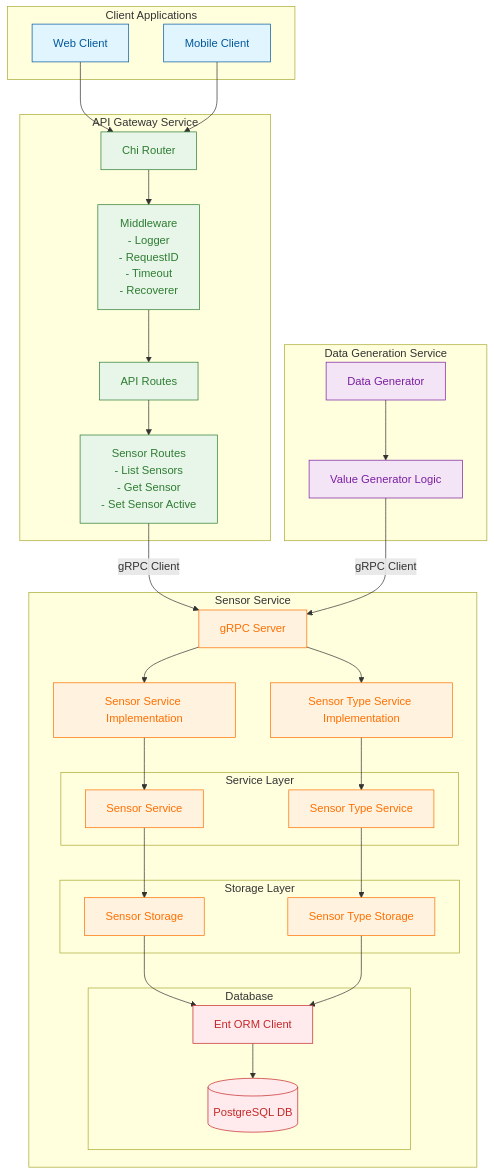
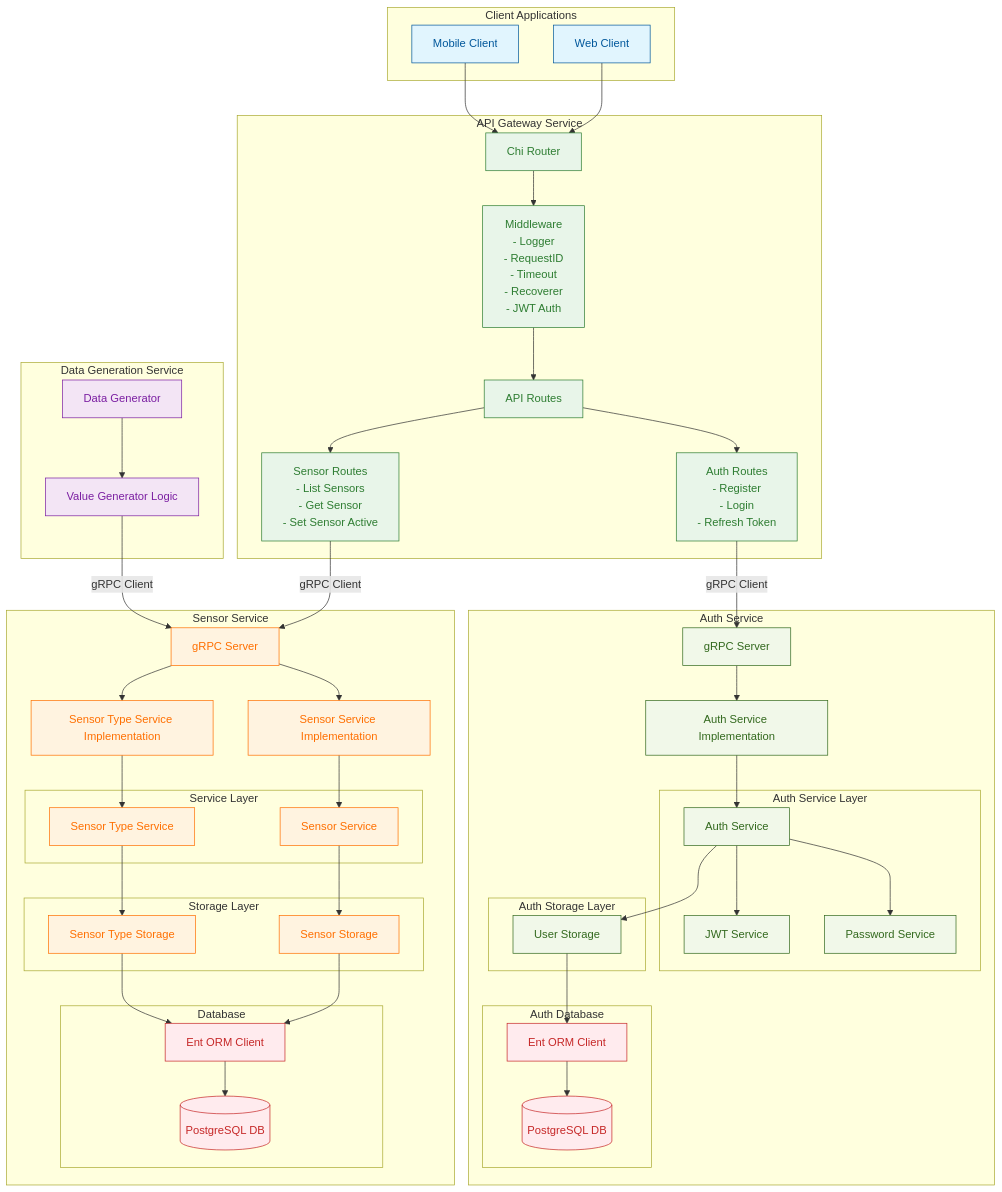
One commit to fkula5/iot-monitor-backend changed the diagram in README.md. Above: the diagram before and after it, drawn with Mermaid. The commit also changed other lines of this file and 10 other files, not shown here.

First line of the commit message:
feat(auth): Implement JWT-based authentication service with gRPC

````diff
--- a/README.md
+++ b/README.md
@@ -26,8 +26,30 @@
     subgraph "API Gateway Service"
         ChiRouter["Chi Router"]
         ApiRoutes["API Routes"]
-        Middleware["Middleware </br>- Logger</br>- RequestID</br>- Timeout</br>- Recoverer"]
+        Middleware["Middleware </br>- Logger</br>- RequestID</br>- Timeout</br>- Recoverer</br>- JWT Auth"]
         SensorRoutes["Sensor Routes</br>- List Sensors</br>- Get Sensor</br>- Set Sensor Active"]
+        AuthRoutes["Auth Routes</br>- Register</br>- Login</br>- Refresh Token"]
+    end
+
+    %% Auth Service
+    subgraph "Auth Service"
+        AuthGrpcServer["gRPC Server"]
+        AuthServiceImpl["Auth Service Implementation"]
+
+        subgraph "Auth Service Layer"
+            AuthService["Auth Service"]
+            JWTService["JWT Service"]
+            PasswordService["Password Service"]
+        end
+
+        subgraph "Auth Storage Layer"
+            UserStorage["User Storage"]
+        end
+
+        subgraph "Auth Database"
+            AuthEntClient["Ent ORM Client"]
+            AuthPostgresDB[(PostgreSQL DB)]
+        end
     end
 
     %% Sensor Service
@@ -67,9 +89,20 @@
     ChiRouter --> Middleware
     Middleware --> ApiRoutes
     ApiRoutes --> SensorRoutes
+    ApiRoutes --> AuthRoutes
 
-    %% API Gateway to Sensor Service
+    %% API Gateway to Services
+    AuthRoutes -- "gRPC Client" --> AuthGrpcServer
     SensorRoutes -- "gRPC Client" --> GrpcServer
+
+    %% Auth Service internal connections
+    AuthGrpcServer --> AuthServiceImpl
+    AuthServiceImpl --> AuthService
+    AuthService --> JWTService
+    AuthService --> PasswordService
+    AuthService --> UserStorage
+    UserStorage --> AuthEntClient
+    AuthEntClient --> AuthPostgresDB
 
     %% Sensor Service internal connections
     GrpcServer --> SensorServiceImpl
@@ -89,14 +122,16 @@
     %% Style definitions
     classDef client fill:#e1f5fe,stroke:#01579b,color:#01579b
     classDef apiGateway fill:#e8f5e9,stroke:#2e7d32,color:#2e7d32
+    classDef authService fill:#f1f8e9,stroke:#33691e,color:#33691e
     classDef sensorService fill:#fff3e0,stroke:#ff6f00,color:#ff6f00
     classDef dataGeneration fill:#f3e5f5,stroke:#7b1fa2,color:#7b1fa2
     classDef database fill:#ffebee,stroke:#c62828,color:#c62828
 
     %% Apply styles
     class WebClient,MobileClient client
-    class ChiRouter,ApiRoutes,Middleware,SensorRoutes apiGateway
+    class ChiRouter,ApiRoutes,Middleware,SensorRoutes,AuthRoutes apiGateway
+    class AuthGrpcServer,AuthServiceImpl,AuthService,JWTService,PasswordService,UserStorage authService
     class GrpcServer,SensorServiceImpl,SensorTypeServiceImpl,SensorService,SensorTypeService,SensorStorage,SensorTypeStorage sensorService
     class Generator,ValueGenerator dataGeneration
-    class EntClient,PostgresDB database
+    class EntClient,PostgresDB,AuthEntClient,AuthPostgresDB database
 ```
````
